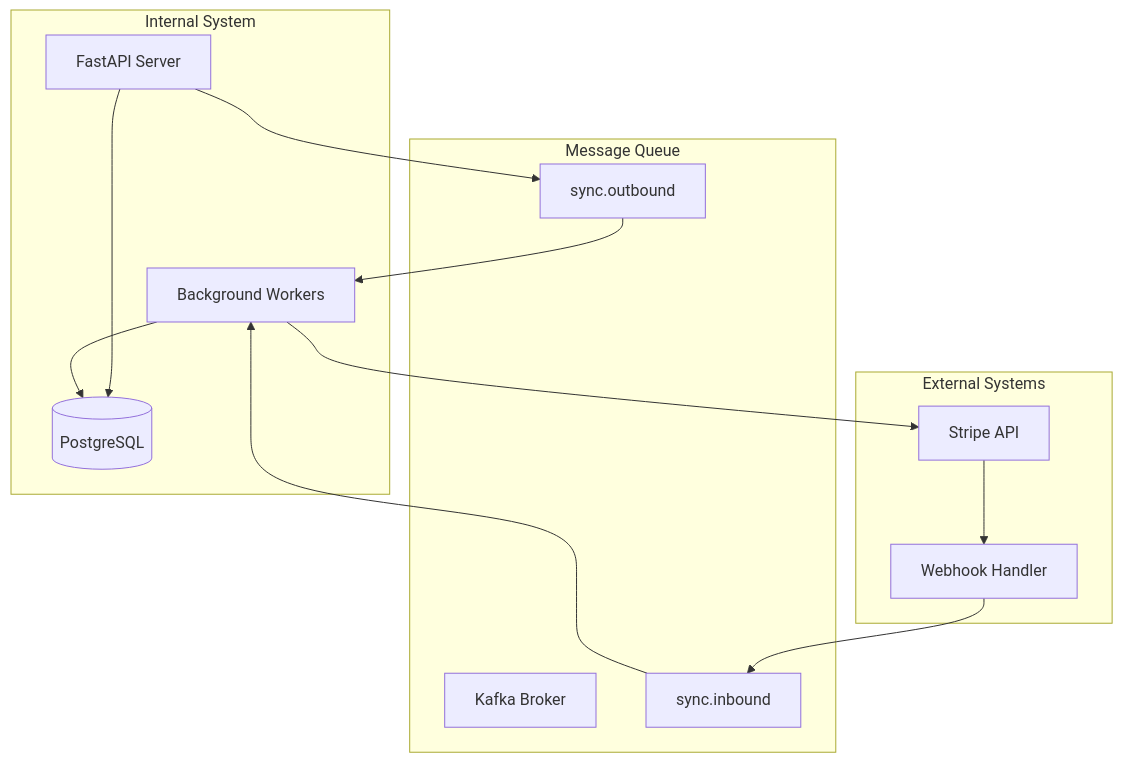
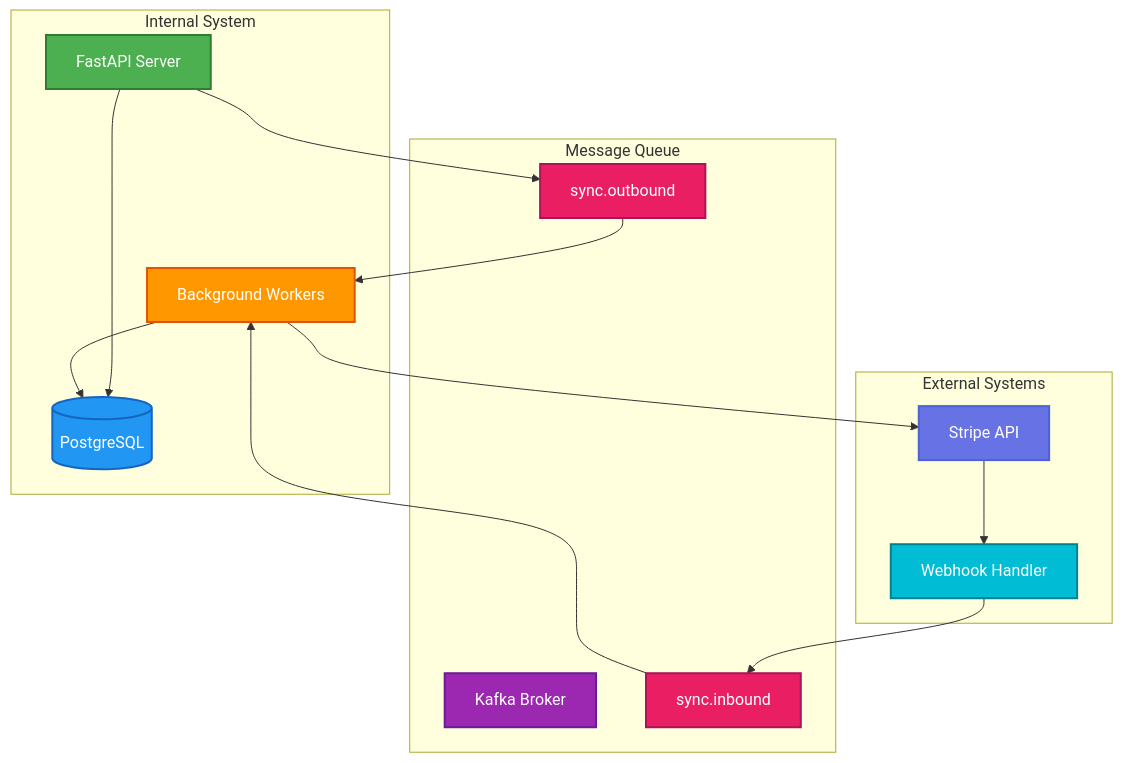
The first of 6 diagrams in README.md (Shashankpantiitbhilai/SyncFlow), drawn with Mermaid before and after one commit. The commit also changed other lines of this file, not shown here.

````diff
--- a/README.md
+++ b/README.md
@@ -30,28 +30,36 @@
 ```mermaid
 graph TB
     subgraph "Internal System"
-        API[FastAPI Server]
-        DB[(PostgreSQL)]
-        Worker[Background Workers]
+        API[FastAPI Server]:::apiStyle
+        DB[(PostgreSQL)]:::dbStyle
+        Worker[Background Workers]:::workerStyle
     end
     
     subgraph "Message Queue"
-        Kafka[Kafka Broker]
-        OutTopic[sync.outbound]
-        InTopic[sync.inbound]
+        Kafka[Kafka Broker]:::kafkaStyle
+        OutTopic[sync.outbound]:::topicStyle
+        InTopic[sync.inbound]:::topicStyle
     end
     
     subgraph "External Systems"
-        Stripe[Stripe API]
-        Webhook[Webhook Handler]
+        Stripe[Stripe API]:::stripeStyle
+        Webhook[Webhook Handler]:::webhookStyle
     end
     
     API --> DB
     API --> OutTopic
     OutTopic --> Worker
     Worker --> Stripe
     Stripe --> Webhook
     Webhook --> InTopic
     InTopic --> Worker
     Worker --> DB
+
+    classDef apiStyle fill:#4CAF50,stroke:#2E7D32,stroke-width:2px,color:#fff
+    classDef dbStyle fill:#2196F3,stroke:#1565C0,stroke-width:2px,color:#fff
+    classDef workerStyle fill:#FF9800,stroke:#E65100,stroke-width:2px,color:#fff
+    classDef kafkaStyle fill:#9C27B0,stroke:#6A1B9A,stroke-width:2px,color:#fff
+    classDef topicStyle fill:#E91E63,stroke:#AD1457,stroke-width:2px,color:#fff
+    classDef stripeStyle fill:#6772E5,stroke:#4C63D2,stroke-width:2px,color:#fff
+    classDef webhookStyle fill:#00BCD4,stroke:#00838F,stroke-width:2px,color:#fff
 ```
````
